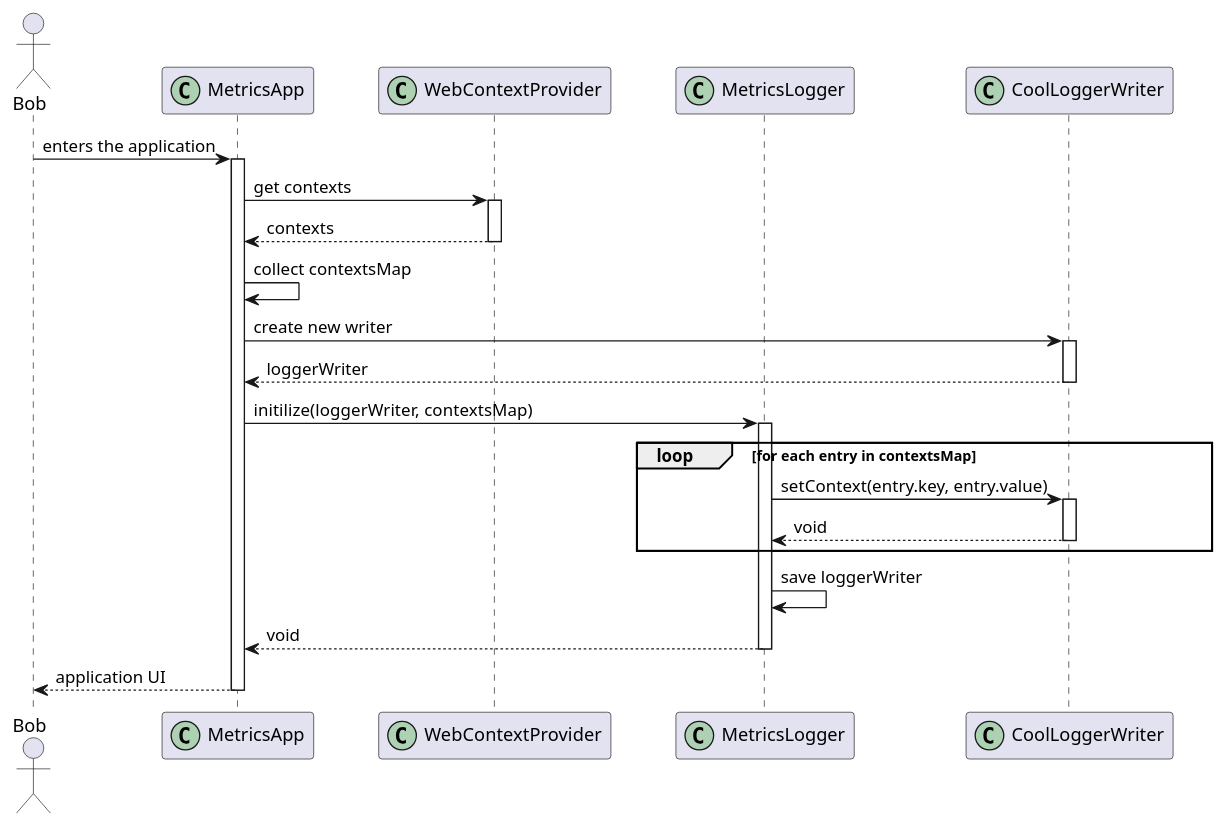
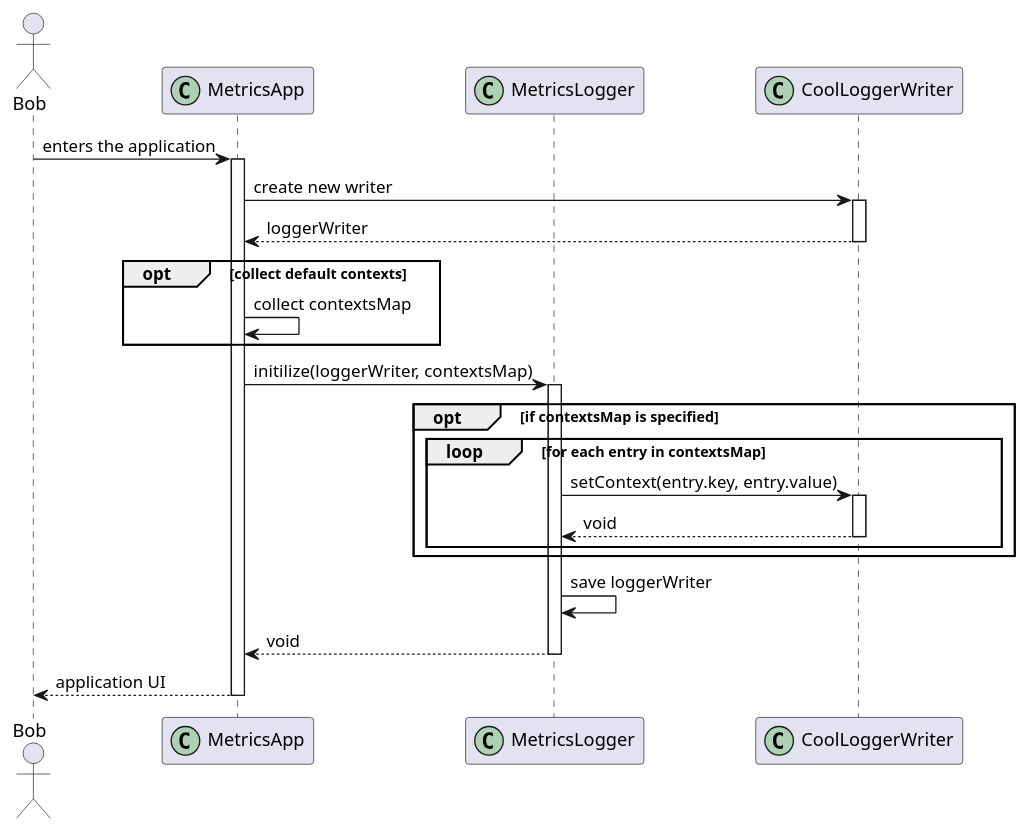
Before and after one commit to Flank/flank-dashboard: the diagram in metrics/web/docs/features/metrics_logger/diagrams/metrics_logger_initialize_sequence_diagram.puml, drawn with PlantUML. The commit also changed 4 other files, not shown here.

Commit message:
update design with event processor, remove web context provider, fix typos

```diff
--- a/metrics/web/docs/features/metrics_logger/diagrams/metrics_logger_initialize_sequence_diagram.puml
+++ b/metrics/web/docs/features/metrics_logger/diagrams/metrics_logger_initialize_sequence_diagram.puml
@@ -1,37 +1,37 @@
 @startuml metrics_logger_initialize_sequence_diagram
-    skinparam ParticipantPadding 20
-    skinparam BoxPadding 10
 
-    actor Bob
-    
-    participant MetricsApp << (C,#ADD1B2) >>
-    participant WebContextProvider << (C,#ADD1B2) >>
-    participant MetricsLogger << (C,#ADD1B2) >>
-    participant CoolLoggerWriter << (C,#ADD1B2) >>
+skinparam ParticipantPadding 20
+skinparam BoxPadding 10
 
-    Bob -> MetricsApp : enters the application
-    activate MetricsApp
+actor Bob
 
-    MetricsApp -> WebContextProvider : get contexts
-    activate WebContextProvider
-    return contexts
+participant MetricsApp << (C,#ADD1B2) >>
+participant MetricsLogger << (C,#ADD1B2) >>
+participant CoolLoggerWriter << (C,#ADD1B2) >>
 
+Bob -> MetricsApp : enters the application
+activate MetricsApp
+
+MetricsApp -> CoolLoggerWriter : create new writer
+activate CoolLoggerWriter
+return loggerWriter
+
+opt collect default contexts
     MetricsApp -> MetricsApp : collect contextsMap
+end
 
-    MetricsApp -> CoolLoggerWriter : create new writer
-    activate CoolLoggerWriter
-    return loggerWriter
-
-    MetricsApp -> MetricsLogger : initilize(loggerWriter, contextsMap)
-    activate MetricsLogger
+MetricsApp -> MetricsLogger : initilize(loggerWriter, contextsMap)
+activate MetricsLogger
+opt if contextsMap is specified
     loop for each entry in contextsMap
         MetricsLogger -> CoolLoggerWriter : setContext(entry.key, entry.value)
         activate CoolLoggerWriter
         return void
     end
+end
 
-    MetricsLogger -> MetricsLogger : save loggerWriter
-    return void
+MetricsLogger -> MetricsLogger : save loggerWriter
+return void
 
-    return application UI
+return application UI
 @enduml
```
